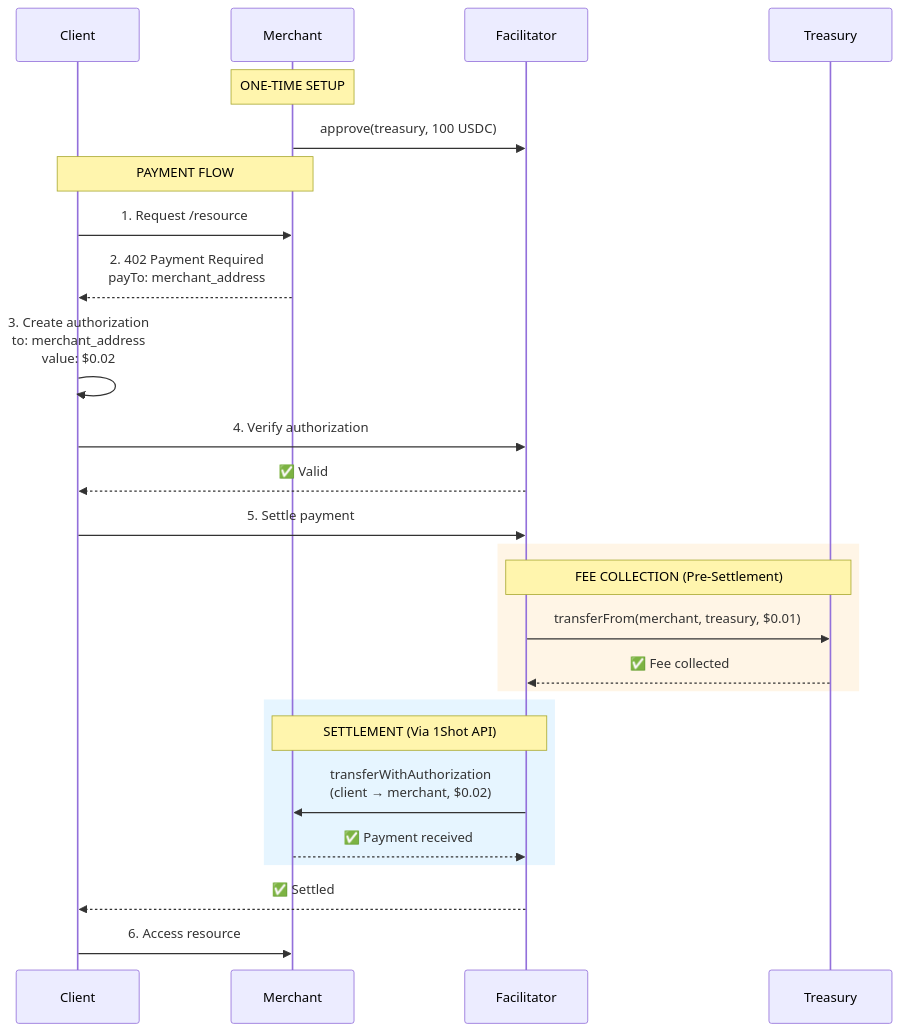
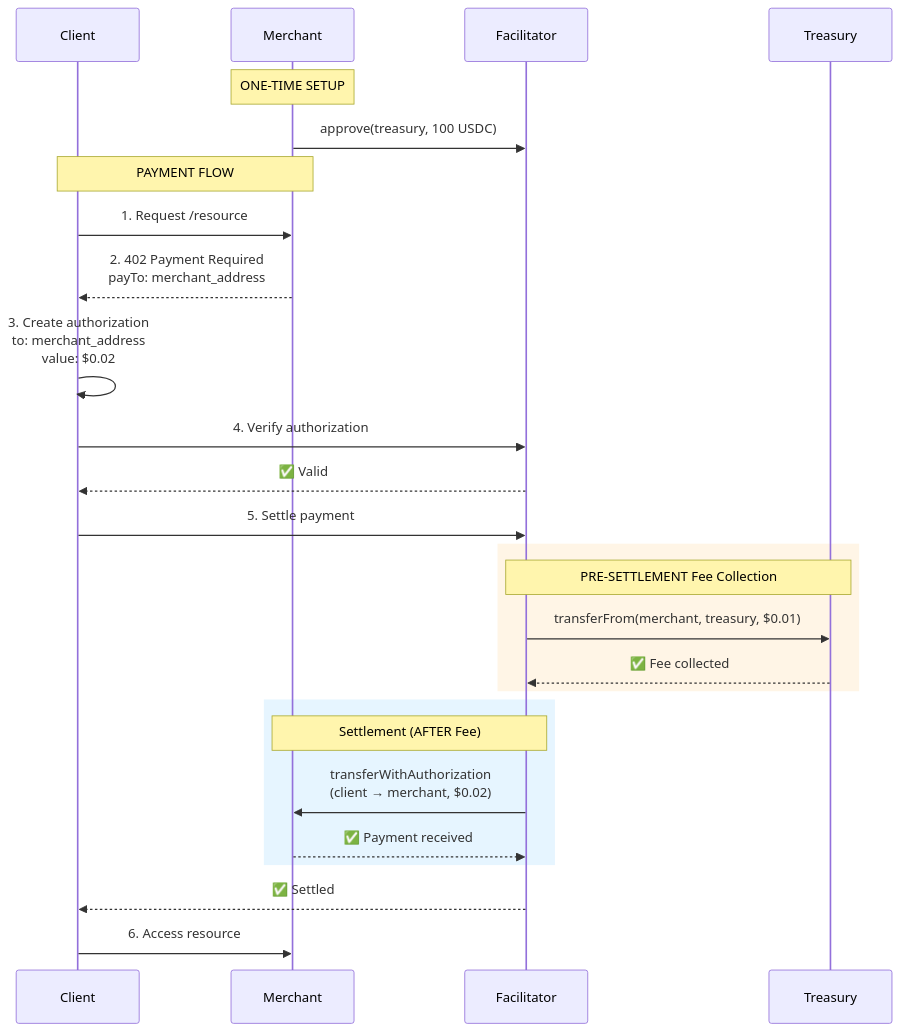
One commit to cascadingGeek/docs changed the diagram in architecture.mdx. Above: the diagram before and after it, drawn with Mermaid. The commit also changed other lines of this file and 7 other files, not shown here.

````diff
--- a/architecture.mdx
+++ b/architecture.mdx
@@ -20,36 +20,36 @@
 ```mermaid
 sequenceDiagram
     participant Client
     participant Merchant
     participant Facilitator
     participant Treasury
 
     Note over Merchant: ONE-TIME SETUP
     Merchant->>Facilitator: approve(treasury, 100 USDC)
     
     Note over Client,Merchant: PAYMENT FLOW
     Client->>Merchant: 1. Request /resource
     Merchant-->>Client: 2. 402 Payment Required<br/>payTo: merchant_address
     
     Client->>Client: 3. Create authorization<br/>to: merchant_address<br/>value: $0.02
     
     Client->>Facilitator: 4. Verify authorization
     Facilitator-->>Client: ✅ Valid
     
     Client->>Facilitator: 5. Settle payment
     
     rect rgb(255, 245, 230)
-        Note over Facilitator,Treasury: FEE COLLECTION (Pre-Settlement)
+        Note over Facilitator,Treasury: PRE-SETTLEMENT Fee Collection
         Facilitator->>Treasury: transferFrom(merchant, treasury, $0.01)
         Treasury-->>Facilitator: ✅ Fee collected
     end
     
     rect rgb(230, 245, 255)
-        Note over Facilitator,Merchant: SETTLEMENT (Via 1Shot API)
+        Note over Facilitator,Merchant: Settlement (AFTER Fee)
         Facilitator->>Merchant: transferWithAuthorization<br/>(client → merchant, $0.02)
         Merchant-->>Facilitator: ✅ Payment received
     end
     
     Facilitator-->>Client: ✅ Settled
     Client->>Merchant: 6. Access resource
 ```
````
